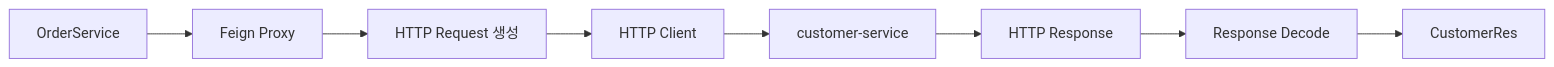
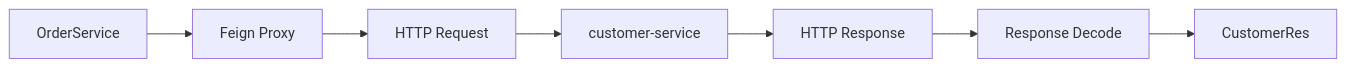
One commit to jw3418/jw3418.github.io changed the first of 3 diagrams in _posts/2026-08-13-spring-cloud-openfeign.md. Above: the diagram before and after it, drawn with Mermaid. The commit also changed other lines of this file, not shown here.

First line of the commit message:
Enhance FeignClient documentation and clarify network aspects

````diff
--- a/_posts/2026-08-13-spring-cloud-openfeign.md
+++ b/_posts/2026-08-13-spring-cloud-openfeign.md
@@ -223,10 +107,5 @@
 ```mermaid
 flowchart LR
-    A["OrderService"] --> B["Feign Proxy"]
-    B --> C["HTTP Request 생성"]
-    C --> D["HTTP Client"]
-    D --> E["customer-service"]
-    E --> F["HTTP Response"]
-    F --> G["Response Decode"]
-    G --> H["CustomerRes"]
+    A["OrderService"] --> B["Feign Proxy"] --> C["HTTP Request"] --> D["customer-service"]
+    D --> E["HTTP Response"] --> F["Response Decode"] --> G["CustomerRes"]
 ```
````
